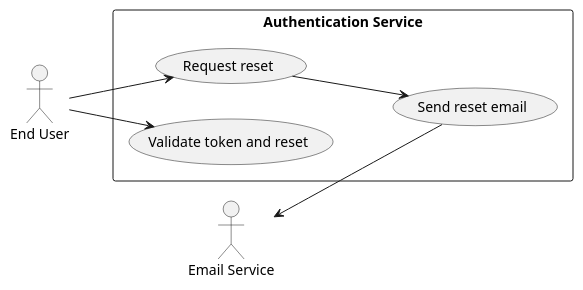
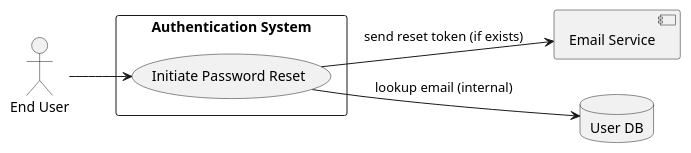
Before and after one commit to Hadiya-Kanini/Demo: the fifth of 9 diagrams in .propel/context/docs/spec.md, drawn with PlantUML. The commit also changed other lines of this file, not shown here.

````diff
--- a/.propel/context/docs/spec.md
+++ b/.propel/context/docs/spec.md
@@ -310,20 +277,17 @@
 ```plantuml
 @startuml
 left to right direction
 skinparam packageStyle rectangle
 
-actor "End User" as EndUser
-actor "Email Service" as EmailSvc
+actor "End User" as User
+rectangle "Authentication System" {
+  usecase (Initiate Password Reset) as UC5
+}
+component "Email Service" as Email
+database "User DB" as DB
 
-rectangle "Authentication Service" {
-  usecase (Request reset) as UC1
-  usecase (Send reset email) as UC2
-  usecase (Validate token and reset) as UC3
-}
-
-EndUser --> UC1
-UC1 --> UC2
-EmailSvc <-- UC2
-EndUser --> UC3
+User --> UC5
+UC5 --> DB : lookup email (internal)
+UC5 --> Email : send reset token (if exists)
 @enduml
 ```
````
